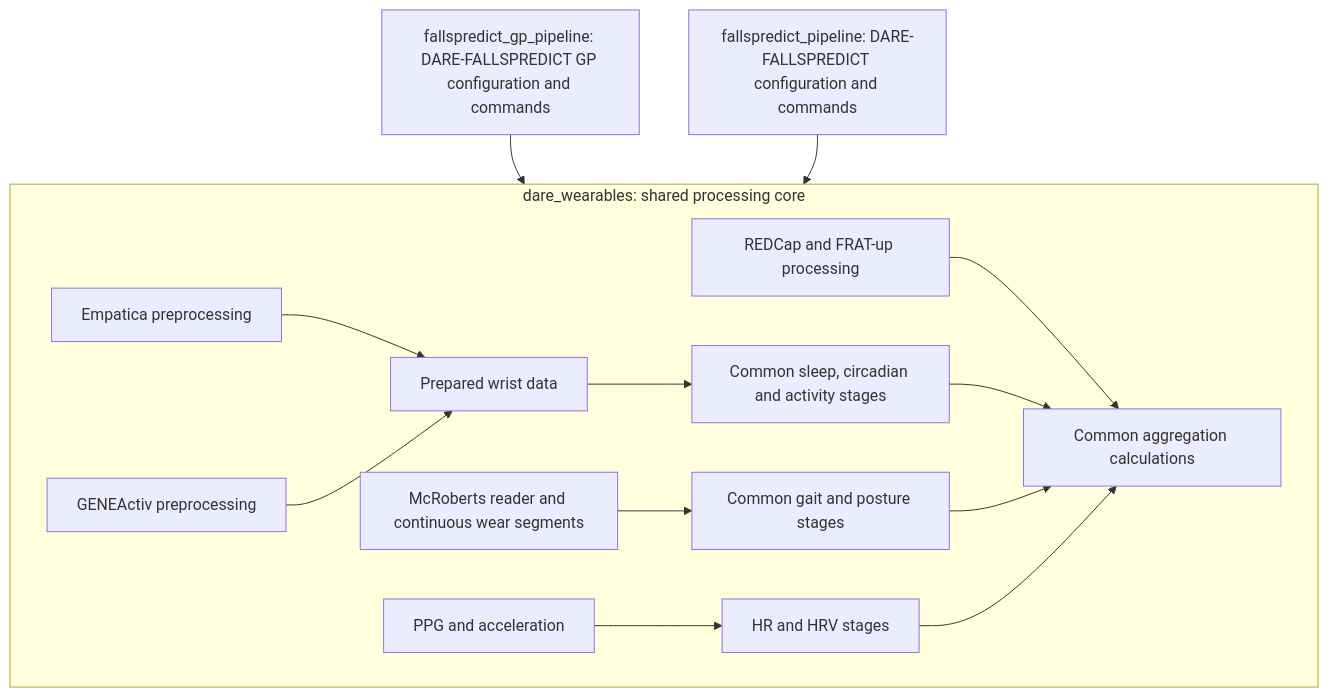
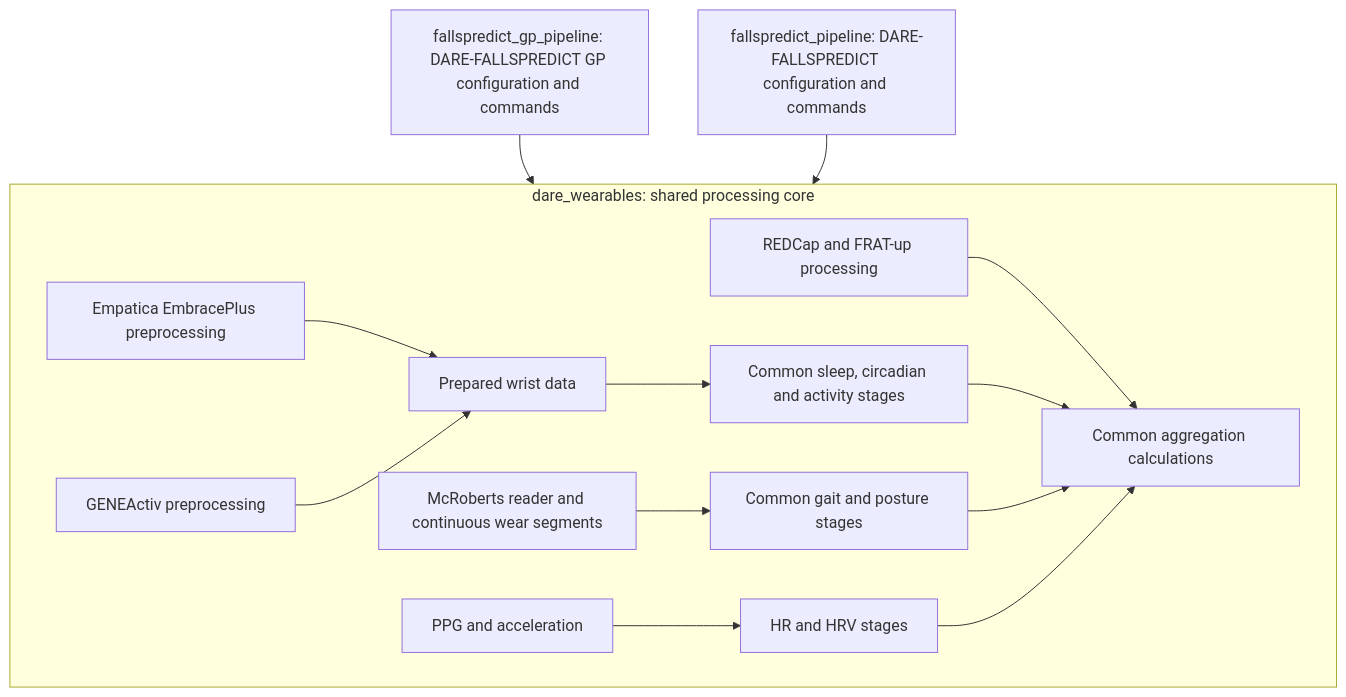
One commit to marcellosicbaldi/DARE-wearable-pipelines changed the first of 2 diagrams in docs/pipeline_diagram.md. Above: the diagram before and after it, drawn with Mermaid. The commit also changed other lines of this file and 10 other files, not shown here.

````diff
--- a/docs/pipeline_diagram.md
+++ b/docs/pipeline_diagram.md
@@ -7,16 +7,16 @@
 ```mermaid
 flowchart TD
     BO["fallspredict_gp_pipeline: DARE-FALLSPREDICT GP configuration and commands"] --> CORE
     RA["fallspredict_pipeline: DARE-FALLSPREDICT configuration and commands"] --> CORE
     subgraph CORE["dare_wearables: shared processing core"]
-        EMP["Empatica preprocessing"] --> PRE["Prepared wrist data"]
+        EMP["Empatica EmbracePlus preprocessing"] --> PRE["Prepared wrist data"]
         GEN["GENEActiv preprocessing"] --> PRE
         PRE --> WRIST["Common sleep, circadian and activity stages"]
         IMU["McRoberts reader and continuous wear segments"] --> LB["Common gait and posture stages"]
         PPG["PPG and acceleration"] --> HR["HR and HRV stages"]
         CLINICAL["REDCap and FRAT-up processing"] --> AGG["Common aggregation calculations"]
         WRIST --> AGG
         LB --> AGG
         HR --> AGG
     end
 ```
````
